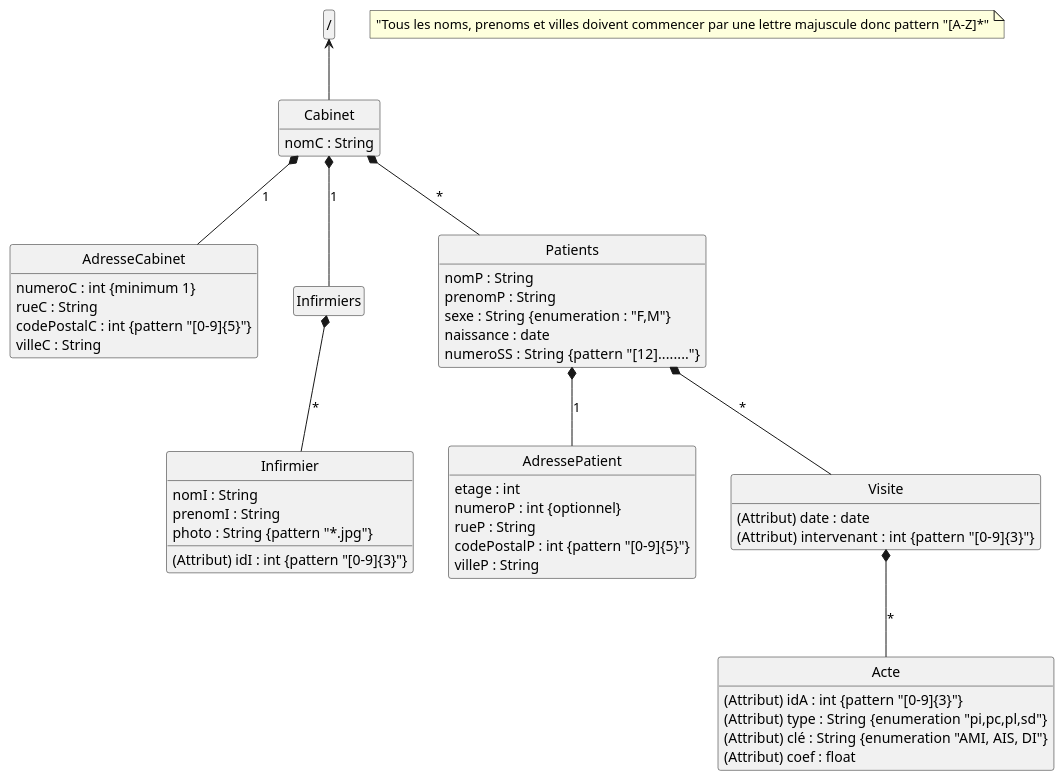
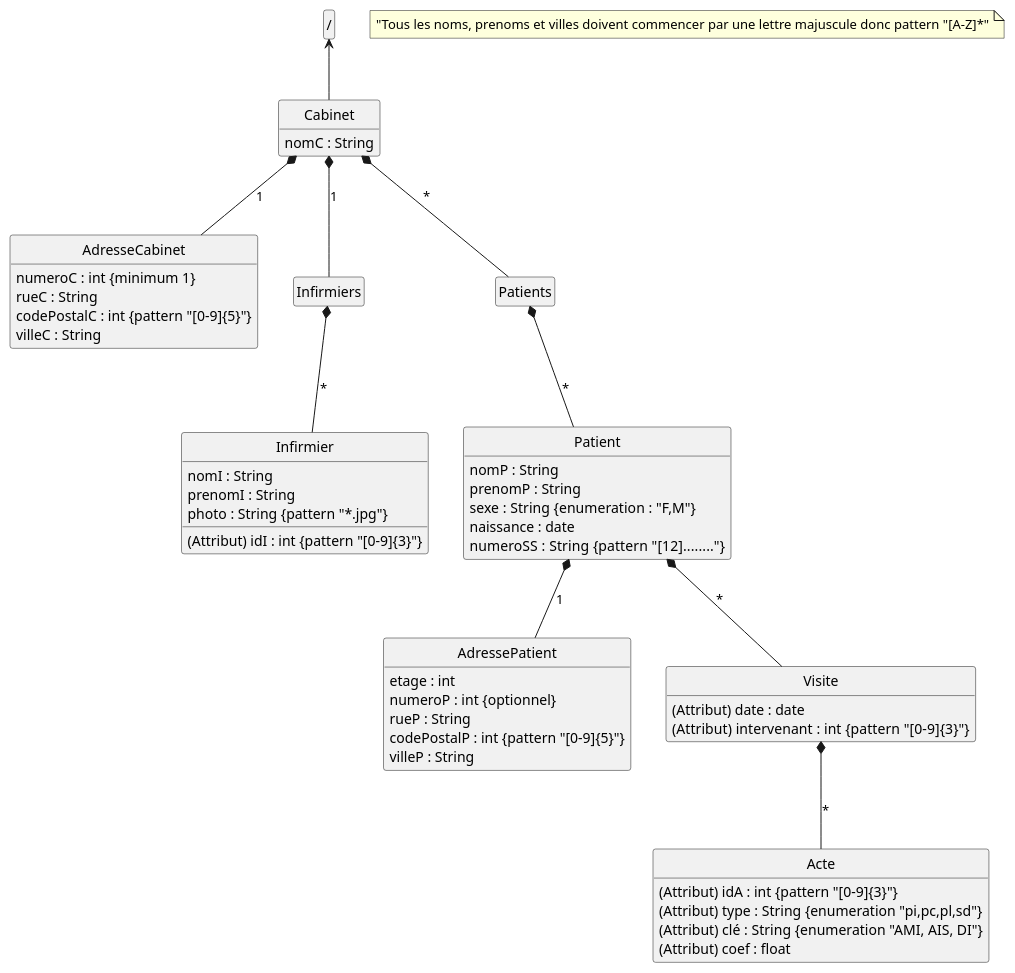
One commit to miaraosomaki/CabinetInfirmier changed the diagram in DATA/cabinetModel.puml. Above: the diagram before and after it, drawn with PlantUML. The commit also changed 2 other files, not shown here.

Commit message:
modif patient

```diff
--- a/DATA/cabinetModel.puml
+++ b/DATA/cabinetModel.puml
@@ -1,70 +1,74 @@
 @startuml
 hide circle
 hide empty members
 
 class "/" as root
 
 class Cabinet {
     nomC : String 
 }
 
 class AdresseCabinet {
     numeroC : int {minimum 1}
     rueC : String 
     codePostalC : int {pattern "[0-9]{5}"}
     villeC : String
 }
 
 class Infirmiers {
 }
 
 class Infirmier {
     (Attribut) idI : int {pattern "[0-9]{3}"}
     nomI : String
     prenomI : String
     photo : String {pattern "*.jpg"}
 }
 
 class Patients {
+}
+
+class Patient {
     nomP : String
     prenomP : String
     sexe : String {enumeration : "F,M"}
     naissance : date
     numeroSS : String  {pattern "[12]........"}
 }
 
 
 class AdressePatient {
     etage : int 
     numeroP : int {optionnel}
     rueP : String
     codePostalP : int {pattern "[0-9]{5}"}
     villeP : String
 }
 
 class Visite {
     (Attribut) date : date 
     (Attribut) intervenant :  int {pattern "[0-9]{3}"}
 }
 
 class Acte {
     (Attribut) idA : int {pattern "[0-9]{3}"}
     (Attribut) type : String {enumeration "pi,pc,pl,sd"}
     (Attribut) clé : String {enumeration "AMI, AIS, DI"}
     (Attribut) coef : float
 }
 
 root <-- Cabinet
 Cabinet *-- AdresseCabinet : 1
 Cabinet *-- Infirmiers : 1
 Cabinet *-- Patients : *
 Infirmiers *-- Infirmier : *
-Patients *-- AdressePatient : 1
-Patients *-- Visite : *
+Patients *-- Patient : *
+Patient *-- AdressePatient : 1
+Patient *-- Visite : *
 Visite *-- Acte : *
 
 note as N1
 "Tous les noms, prenoms et villes doivent commencer par une lettre majuscule donc pattern "[A-Z]*"
 end note
 
 @enduml
```
